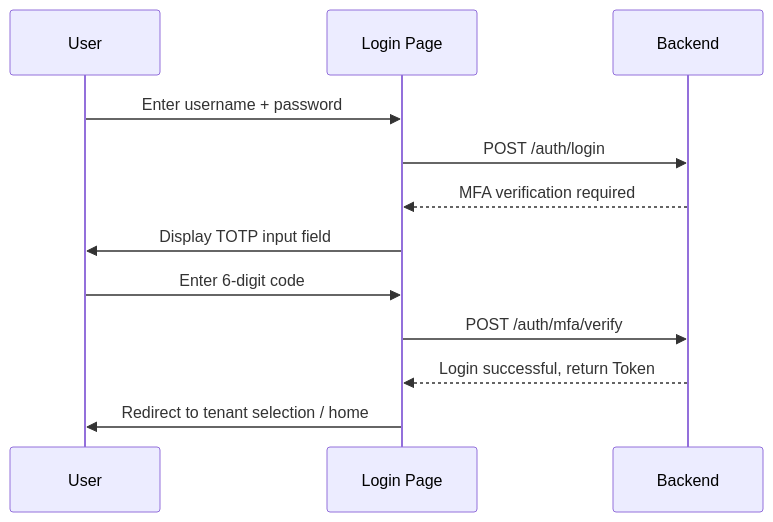
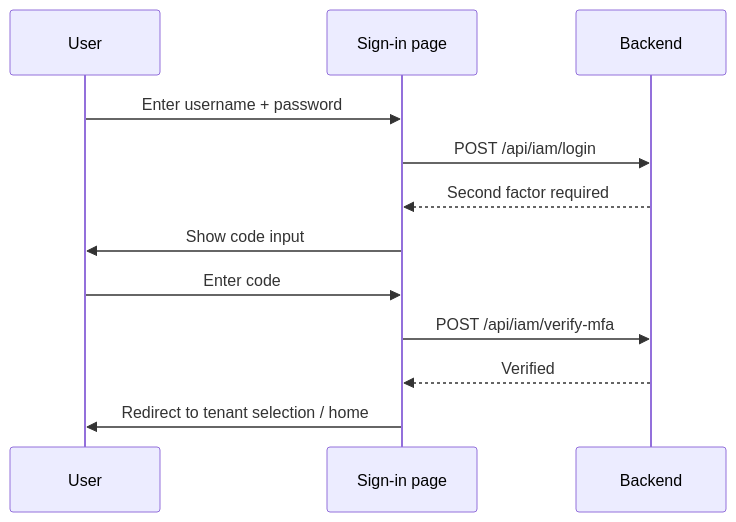
One commit to poxiaoyun/docs changed the second of 3 diagrams in src/pages/docs/en/02.guide/01.quick-start.md. Above: the diagram before and after it, drawn with Mermaid. The commit also changed other lines of this file and 463 other files, not shown here.

````diff
--- a/src/pages/docs/en/02.guide/01.quick-start.md
+++ b/src/pages/docs/en/02.guide/01.quick-start.md
@@ -92,15 +86,15 @@
 ```mermaid
 sequenceDiagram
     participant U as User
-    participant S as Login Page
+    participant S as Sign-in page
     participant B as Backend
 
     U->>S: Enter username + password
-    S->>B: POST /auth/login
-    B-->>S: MFA verification required
-    S->>U: Display TOTP input field
-    U->>S: Enter 6-digit code
-    S->>B: POST /auth/mfa/verify
-    B-->>S: Login successful, return Token
+    S->>B: POST /api/iam/login
+    B-->>S: Second factor required
+    S->>U: Show code input
+    U->>S: Enter code
+    S->>B: POST /api/iam/verify-mfa
+    B-->>S: Verified
     S->>U: Redirect to tenant selection / home
 ```
````
